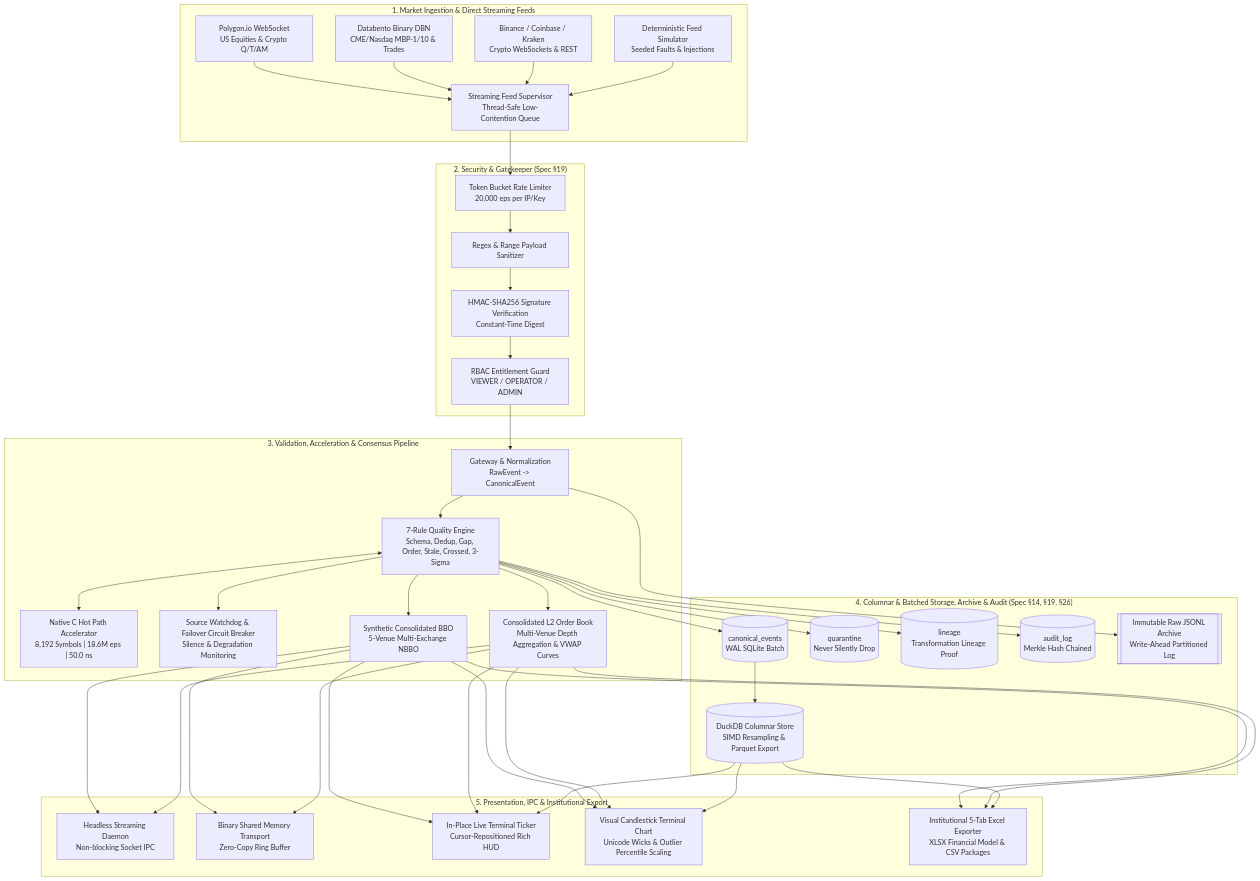
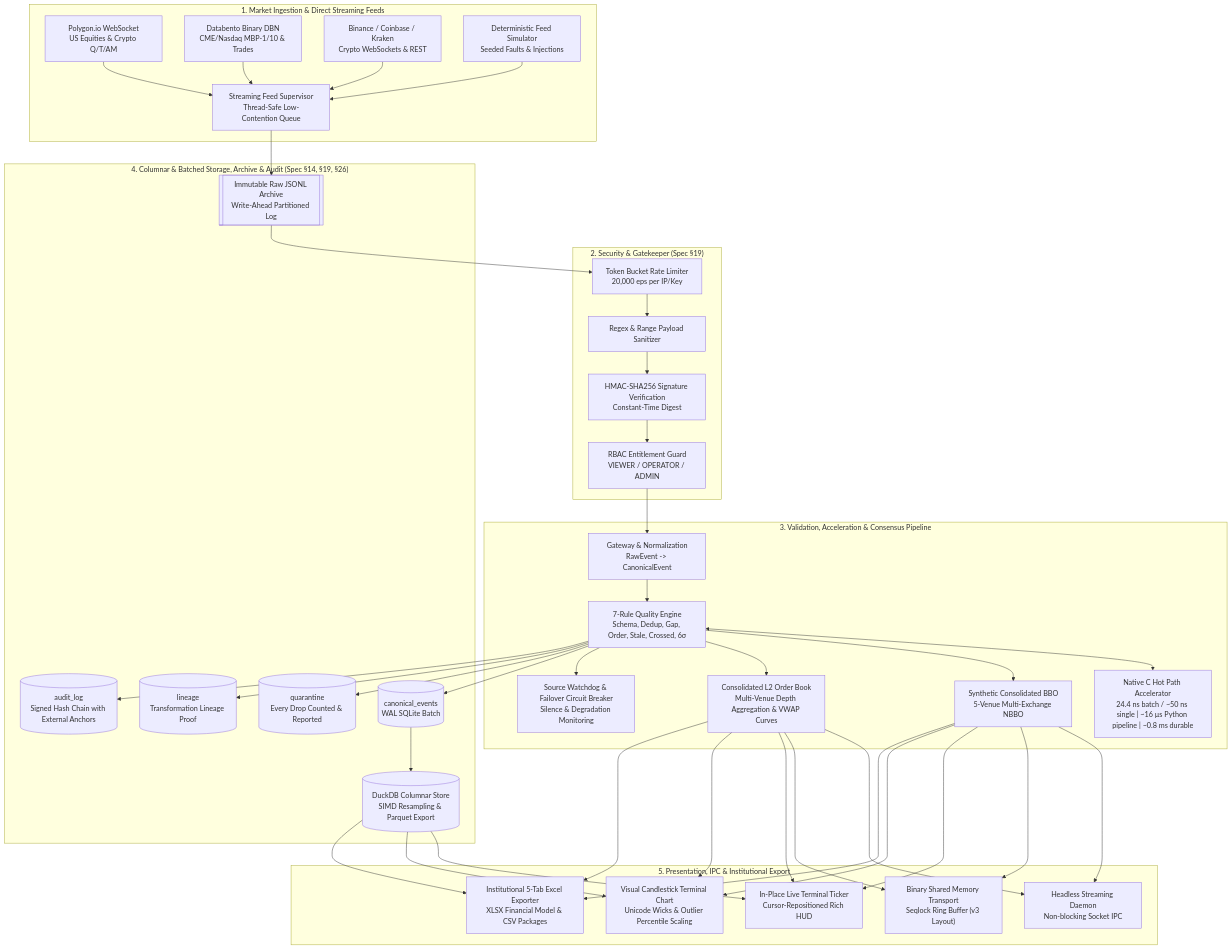
One commit to Aryan-20-04/mdrap changed the diagram in README.md. Above: the diagram before and after it, drawn with Mermaid. The commit also changed other lines of this file and 3 other files, not shown here.

Commit message:
docs: correct latency, memory, WORM audit, and 6-sigma claims (§8)

````diff
--- a/README.md
+++ b/README.md
@@ -42,55 +42,54 @@
 ```mermaid
 flowchart TD
     subgraph INGESTION ["1. Market Ingestion & Direct Streaming Feeds"]
         POLY["Polygon.io WebSocket<br/>US Equities & Crypto Q/T/AM"]
         DBN["Databento Binary DBN<br/>CME/Nasdaq MBP-1/10 & Trades"]
         B["Binance / Coinbase / Kraken<br/>Crypto WebSockets & REST"]
         SIM["Deterministic Feed Simulator<br/>Seeded Faults & Injections"]
         FSUP["Streaming Feed Supervisor<br/>Thread-Safe Low-Contention Queue"]
     end
 
     subgraph SECURITY ["2. Security & Gatekeeper (Spec §19)"]
         RL["Token Bucket Rate Limiter<br/>20,000 eps per IP/Key"]
         SAN["Regex & Range Payload Sanitizer"]
         HMAC["HMAC-SHA256 Signature Verification<br/>Constant-Time Digest"]
         RBAC["RBAC Entitlement Guard<br/>VIEWER / OPERATOR / ADMIN"]
     end
 
     subgraph PIPELINE ["3. Validation, Acceleration & Consensus Pipeline"]
         GW["Gateway & Normalization<br/>RawEvent -> CanonicalEvent"]
-        QE["7-Rule Quality Engine<br/>Schema, Dedup, Gap, Order, Stale, Crossed, 3-Sigma"]
-        FP["Native C Hot Path Accelerator<br/>8,192 Symbols | 18.6M eps | 50.0 ns"]
+        QE["7-Rule Quality Engine<br/>Schema, Dedup, Gap, Order, Stale, Crossed, 6σ"]
+        FP["Native C Hot Path Accelerator<br/>24.4 ns batch / ~50 ns single | ~16 µs Python pipeline | ~0.8 ms durable"]
         WD["Source Watchdog & Failover Circuit Breaker<br/>Silence & Degradation Monitoring"]
         BBO["Synthetic Consolidated BBO<br/>5-Venue Multi-Exchange NBBO"]
         DEPTH["Consolidated L2 Order Book<br/>Multi-Venue Depth Aggregation & VWAP Curves"]
     end
 
     subgraph STORAGE ["4. Columnar & Batched Storage, Archive & Audit (Spec §14, §19, §26)"]
         CAN[("canonical_events<br/>WAL SQLite Batch")]
-        QUAR[("quarantine<br/>Never Silently Drop")]
+        QUAR[("quarantine<br/>Every Drop Counted & Reported")]
         LIN[("lineage<br/>Transformation Lineage Proof")]
-        AUD[("audit_log<br/>Merkle Hash Chained")]
+        AUD[("audit_log<br/>Signed Hash Chain with External Anchors")]
         ARC[["Immutable Raw JSONL Archive<br/>Write-Ahead Partitioned Log"]]
         COL[("DuckDB Columnar Store<br/>SIMD Resampling & Parquet Export")]
     end
 
     subgraph PRESENTATION ["5. Presentation, IPC & Institutional Export"]
         DAEMON["Headless Streaming Daemon<br/>Non-blocking Socket IPC"]
-        SHM["Binary Shared Memory Transport<br/>Zero-Copy Ring Buffer"]
+        SHM["Binary Shared Memory Transport<br/>Seqlock Ring Buffer (v3 Layout)"]
         LIVE["In-Place Live Terminal Ticker<br/>Cursor-Repositioned Rich HUD"]
         CHART["Visual Candlestick Terminal Chart<br/>Unicode Wicks & Outlier Percentile Scaling"]
         EXCEL["Institutional 5-Tab Excel Exporter<br/>XLSX Financial Model & CSV Packages"]
     end
 
-    POLY & DBN & B & SIM --> FSUP --> RL
-    RL --> SAN --> HMAC --> RBAC --> GW
-    GW --> ARC
+    POLY & DBN & B & SIM --> FSUP --> ARC
+    ARC --> RL --> SAN --> HMAC --> RBAC --> GW
     GW --> QE
     QE <--> FP
     QE --> BBO & DEPTH
     QE --> WD
     BBO & DEPTH --> DAEMON & SHM
     QE --> CAN & QUAR & LIN & AUD
     CAN --> COL
     BBO & DEPTH & COL --> LIVE & CHART & EXCEL
 ```
````
